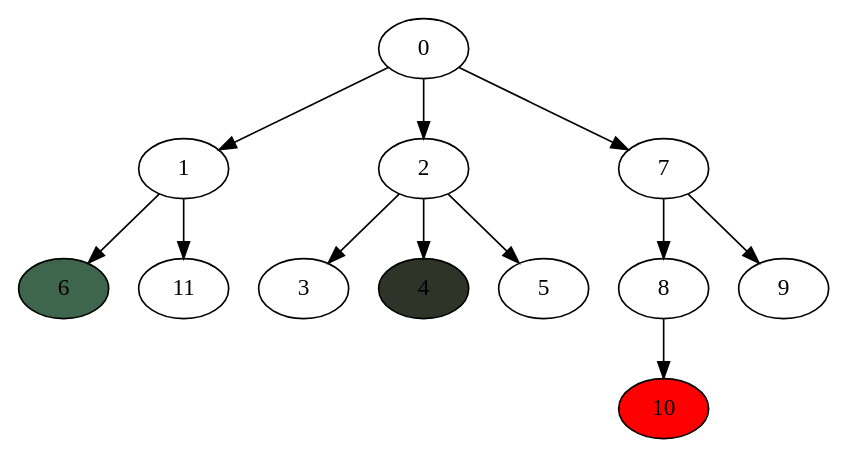
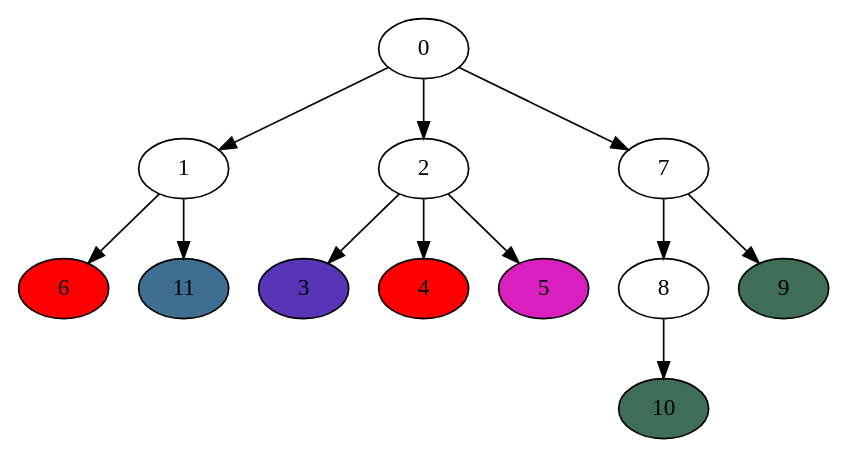
Before and after one commit to MenshovSergey/Fitch: the diagram in start.dot, drawn with Graphviz. The commit also changed 8 other files, not shown here.

```diff
--- a/start.dot
+++ b/start.dot
@@ -1,16 +1,20 @@
 digraph start{
 0->1;
 1->6;
-6 [style=filled,fillcolor="0.4 0.4 0.4"]
+6 [style=filled,fillcolor="1.0 1.0 1.0"]
 1->11;
+11 [style=filled,fillcolor="0.5714285714285714 0.5714285714285714 0.5714285714285714"]
 0->2;
 2->3;
+3 [style=filled,fillcolor="0.7142857142857143 0.7142857142857143 0.7142857142857143"]
 2->4;
-4 [style=filled,fillcolor="0.2 0.2 0.2"]
+4 [style=filled,fillcolor="1.0 1.0 1.0"]
 2->5;
+5 [style=filled,fillcolor="0.8571428571428571 0.8571428571428571 0.8571428571428571"]
 0->7;
 7->8;
 8->10;
-10 [style=filled,fillcolor="1.0 1.0 1.0"]
+10 [style=filled,fillcolor="0.42857142857142855 0.42857142857142855 0.42857142857142855"]
 7->9;
+9 [style=filled,fillcolor="0.42857142857142855 0.42857142857142855 0.42857142857142855"]
 }
```
